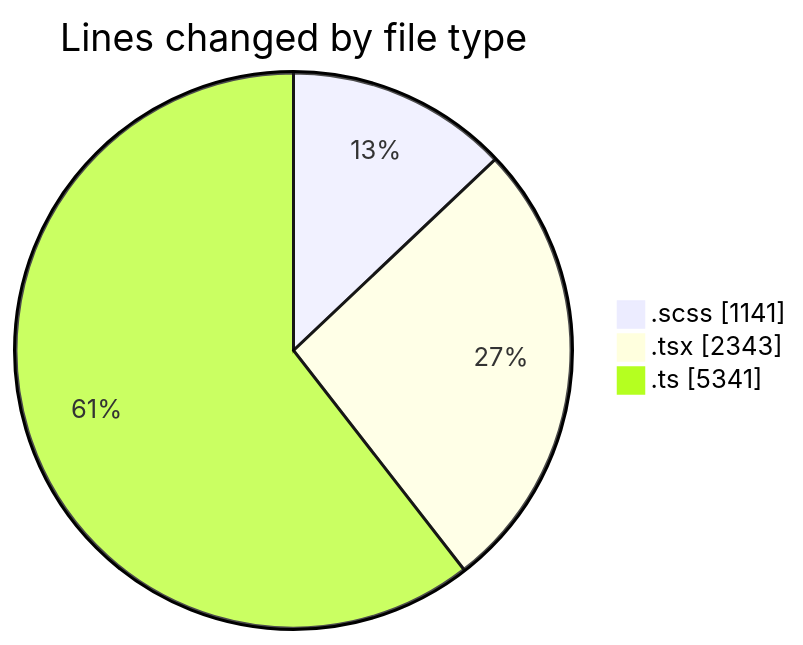
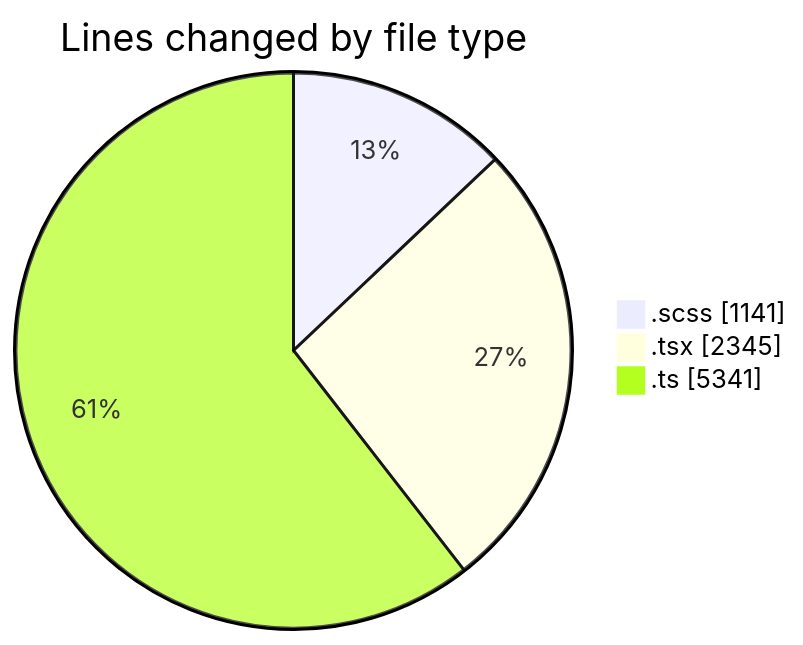
Before and after one commit to momahboobian/code-tracking: the first of 2 diagrams in 2025-03-28/cda/README.md, drawn with Mermaid. The commit also changed other lines of this file and 1 other file, not shown here.

````diff
--- a/2025-03-28/cda/README.md
+++ b/2025-03-28/cda/README.md
@@ -36,7 +36,7 @@
 ```mermaid
 pie showData
 title Lines changed by file type
 ".scss" : 1141
-".tsx" : 2343
+".tsx" : 2345
 ".ts" : 5341
 ```
````
